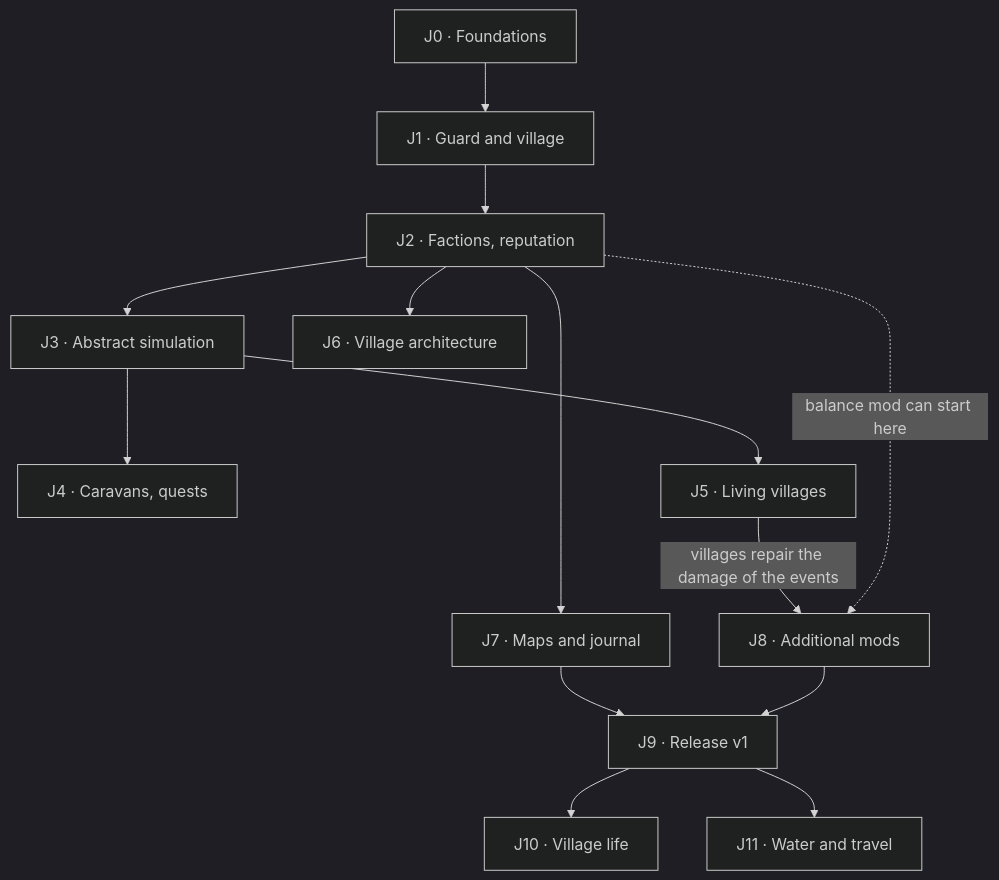
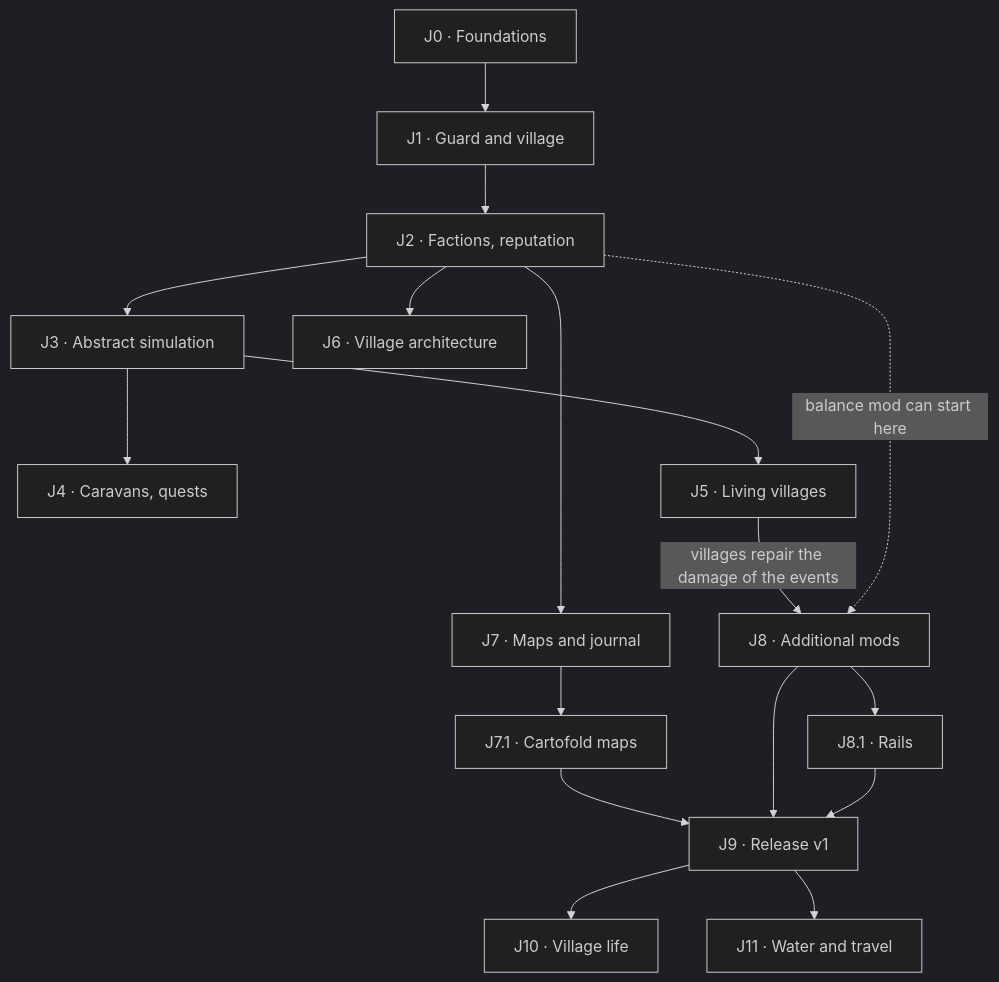
Before and after one commit to nicolas-goyon/Folkhold: the second of 2 diagrams in docs/design.md, drawn with Mermaid (dark theme). The commit also changed other lines of this file, not shown here.

Commit message:
docs(design): add the milestones J7.1 and J8.1 to the roadmap

````diff
--- a/docs/design.md
+++ b/docs/design.md
@@ -883,16 +885,19 @@
 ```mermaid
 flowchart TB
     J0["J0 · Foundations"] --> J1["J1 · Guard and village"]
     J1 --> J2["J2 · Factions, reputation"]
     J2 --> J3["J3 · Abstract simulation"]
     J3 --> J4["J4 · Caravans, quests"]
     J3 --> J5["J5 · Living villages"]
     J2 --> J6["J6 · Village architecture"]
     J2 --> J7["J7 · Maps and journal"]
     J5 -- "villages repair the damage of the events" --> J8["J8 · Additional mods"]
     J2 -. "balance mod can start here" .-> J8
-    J7 --> J9["J9 · Release v1"]
+    J7 --> J71["J7.1 · Cartofold maps"]
+    J8 --> J81["J8.1 · Rails"]
+    J71 --> J9["J9 · Release v1"]
     J8 --> J9
+    J81 --> J9
     J9 --> J10["J10 · Village life"]
     J9 --> J11["J11 · Water and travel"]
 ```
````
